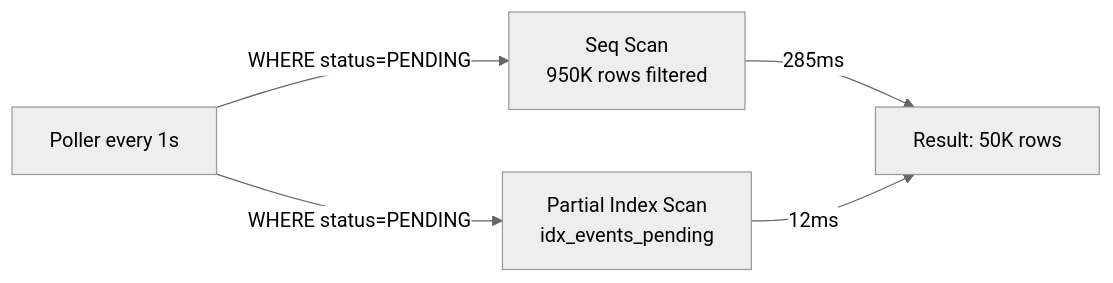
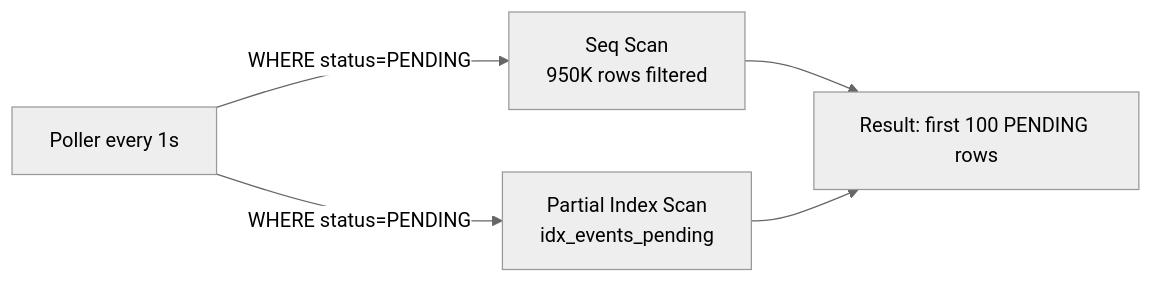
Before and after one commit to Joaquinriosheredia/Java-Production-Labs: the diagram in 07_postgres_tuning/README.md, drawn with Mermaid (neutral theme). The commit also changed other lines of this file and 8 other files, not shown here.

````diff
--- a/07_postgres_tuning/README.md
+++ b/07_postgres_tuning/README.md
@@ -15,7 +15,7 @@
 ```mermaid
 graph LR
     A[Poller every 1s] -->|WHERE status=PENDING| B[Seq Scan\n950K rows filtered]
     A -->|WHERE status=PENDING| C[Partial Index Scan\nidx_events_pending]
-    B -->|285ms| D[Result: 50K rows]
-    C -->|12ms| D
+    B --> D[Result: first 100 PENDING rows]
+    C --> D
 ```
````
